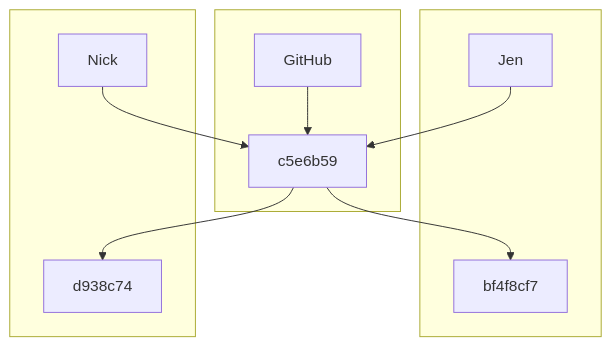
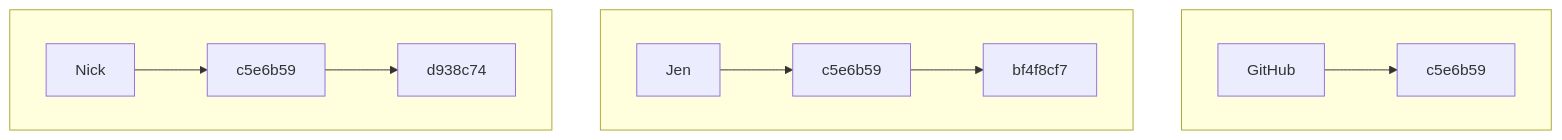
Before and after one commit to Alliance-RDM-GDR/rdm-jumpstart: the diagram in _getting_started/06_Merge-Conflicts.md, drawn with Mermaid.

Commit message:
testing mermaid

````diff
--- a/_getting_started/06_Merge-Conflicts.md
+++ b/_getting_started/06_Merge-Conflicts.md
@@ -17,21 +17,23 @@
 ```mermaid
 flowchart TD
    A[GitHub]
    B[Jen]
    C[Nick]
    D[c5e6b59]
-   E[bf4f8cf7]
-   F[d938c74]
+   E[c5e6b59]
+   F[c5e6b59]
+   G[bf4f8cf7]
+   H[d938c74]
 
    subgraph X[" "]
       A --> D
    end
 
    subgraph Y[" "]
-      B --> D --> E
+      B --> E --> G
    end
 
    subgraph Z[" "]
-      C --> D --> F 
+      C --> F --> H 
    end
 ```
````
